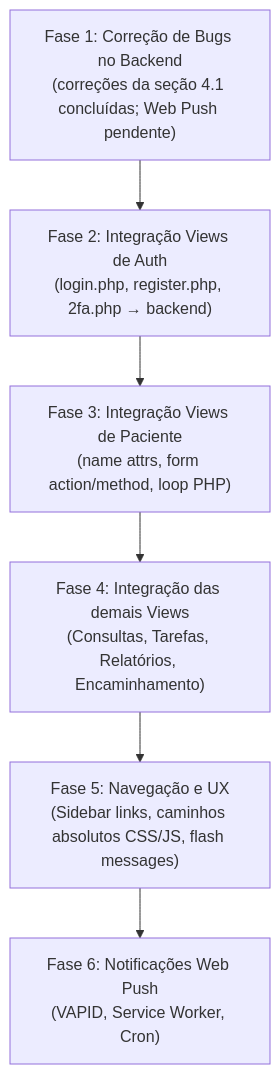
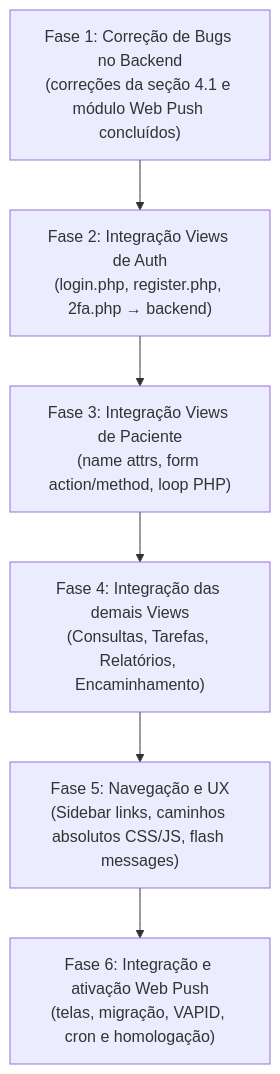
One commit to Caio-Ferroni/clinica-marcelo-backend changed the diagram in analise-backend.md. Above: the diagram before and after it, drawn with Mermaid. The commit also changed other lines of this file and 20 other files, not shown here.

Commit message:
Implementa módulo Web Push para lembretes de consultas e documenta integração

````diff
--- a/analise-backend.md
+++ b/analise-backend.md
@@ -276,11 +286,11 @@
 ```mermaid
 flowchart TD
-    F1["Fase 1: Correção de Bugs no Backend\n(correções da seção 4.1 concluídas; Web Push pendente)"]
+    F1["Fase 1: Correção de Bugs no Backend\n(correções da seção 4.1 e módulo Web Push concluídos)"]
     F2["Fase 2: Integração Views de Auth\n(login.php, register.php, 2fa.php → backend)"]
     F3["Fase 3: Integração Views de Paciente\n(name attrs, form action/method, loop PHP)"]
     F4["Fase 4: Integração das demais Views\n(Consultas, Tarefas, Relatórios, Encaminhamento)"]
     F5["Fase 5: Navegação e UX\n(Sidebar links, caminhos absolutos CSS/JS, flash messages)"]
-    F6["Fase 6: Notificações Web Push\n(VAPID, Service Worker, Cron)"]
+    F6["Fase 6: Integração e ativação Web Push\n(telas, migração, VAPID, cron e homologação)"]
 
     F1 --> F2 --> F3 --> F4 --> F5 --> F6
 ```
````
